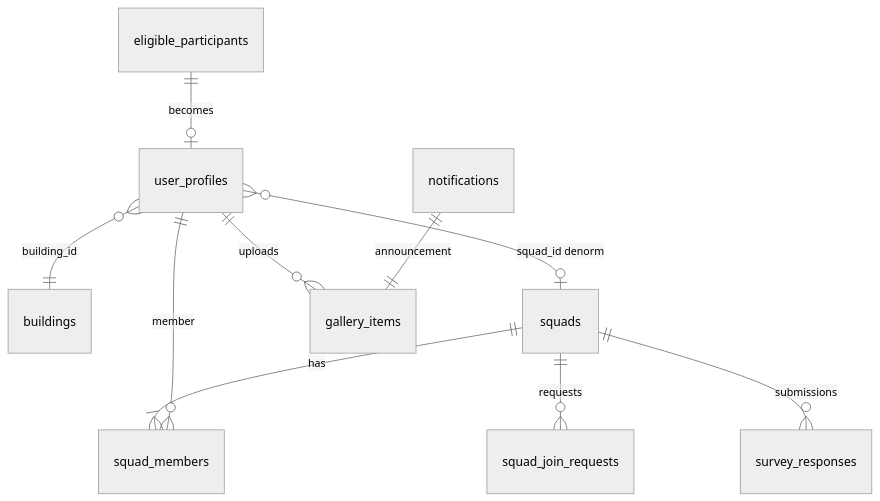
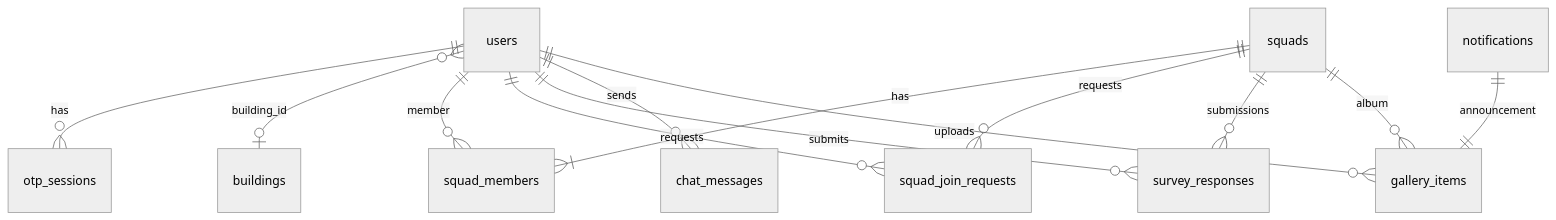
Before and after one commit to areejobaid17894-blip/myboss-platform: the diagram in docs/database/DATABASE.md, drawn with Mermaid (neutral theme). The commit also changed other lines of this file and 24 other files, not shown here.

First line of the commit message:
Document and provision unified myboss database schema.

````diff
--- a/docs/database/DATABASE.md
+++ b/docs/database/DATABASE.md
@@ -42,12 +60,15 @@
 ```mermaid
 erDiagram
-    eligible_participants ||--o| user_profiles : "becomes"
-    user_profiles }o--|| buildings : "building_id"
-    user_profiles }o--o| squads : "squad_id denorm"
+    users ||--o{ otp_sessions : "has"
+    users }o--o| buildings : "building_id"
+    users ||--o{ squad_members : "member"
+    users ||--o{ squad_join_requests : "requests"
     squads ||--|{ squad_members : "has"
     squads ||--o{ squad_join_requests : "requests"
-    user_profiles ||--o{ squad_members : "member"
     squads ||--o{ survey_responses : "submissions"
-    user_profiles ||--o{ gallery_items : "uploads"
+    users ||--o{ survey_responses : "submits"
+    users ||--o{ chat_messages : "sends"
+    users ||--o{ gallery_items : "uploads"
+    squads ||--o{ gallery_items : "album"
     notifications ||--|| gallery_items : "announcement"
 ```
````
